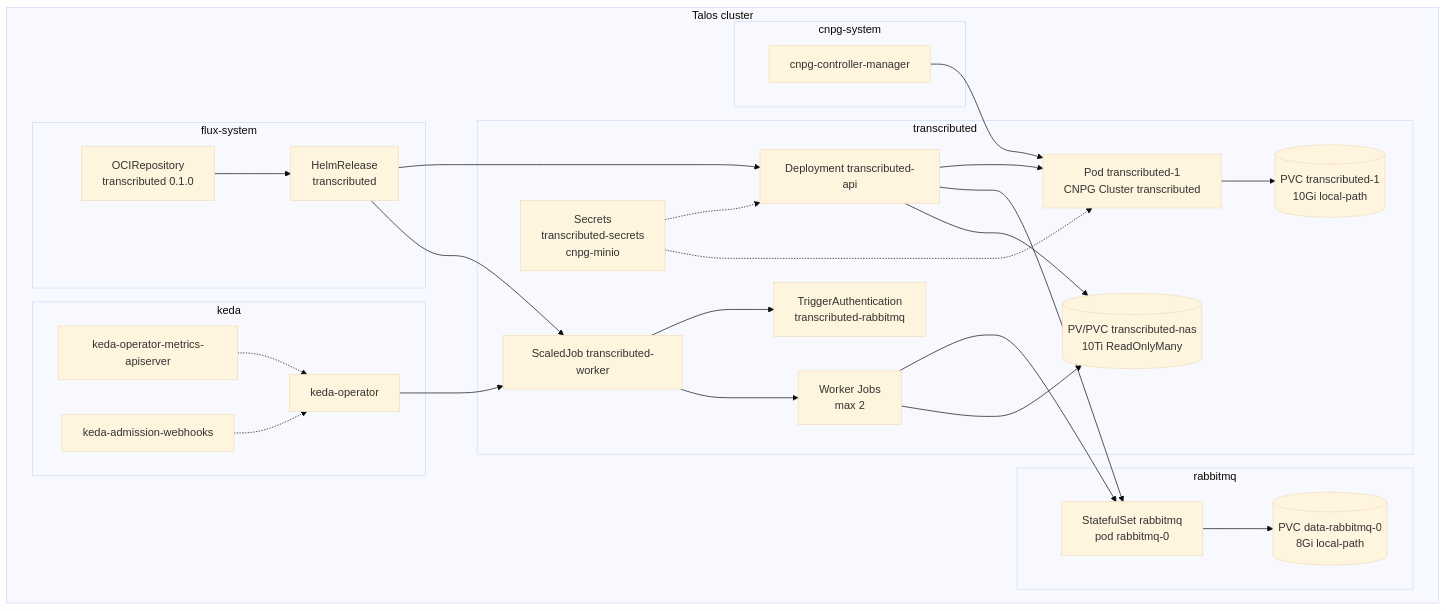
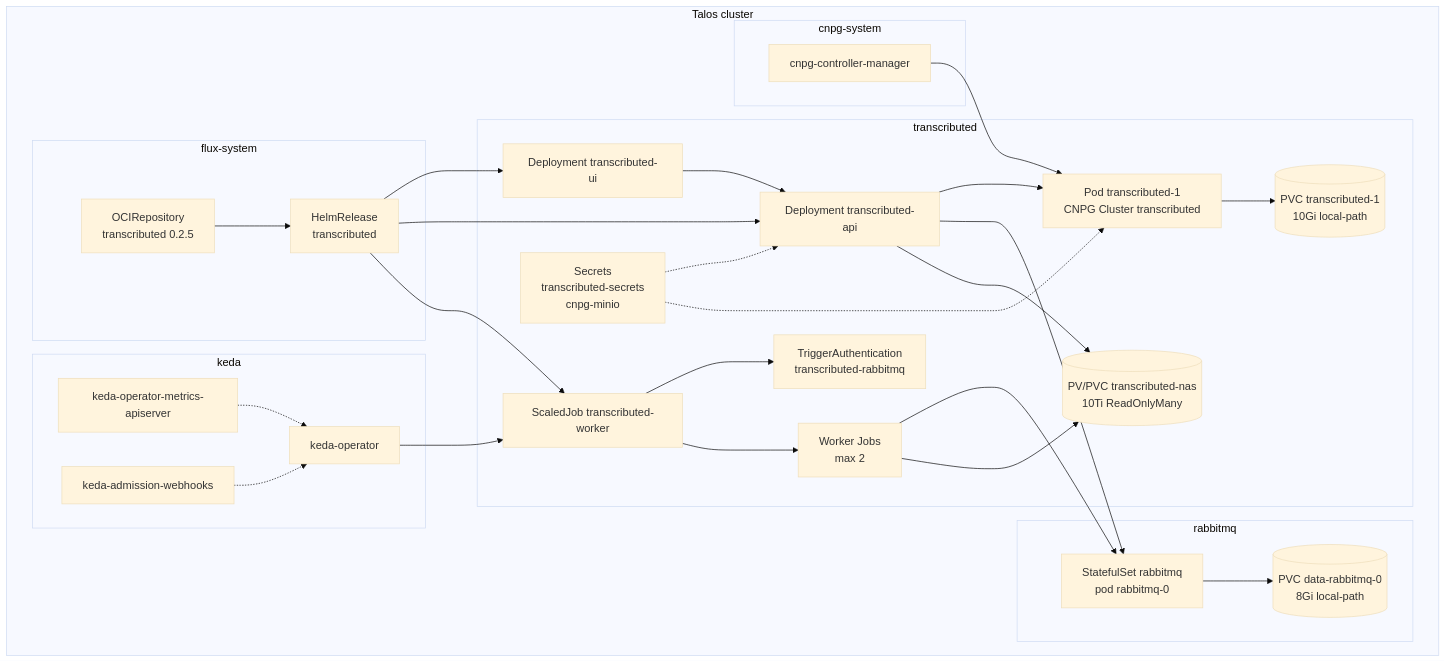
Before and after one commit to rykhalskyi/homelab: the second of 2 diagrams in docs/wiki/pages/transcributed-talos.md, drawn with Mermaid (base theme). The commit also changed other lines of this file and 7 other files, not shown here.

````diff
--- a/docs/wiki/pages/transcributed-talos.md
+++ b/docs/wiki/pages/transcributed-talos.md
@@ -76,54 +86,57 @@
 ```mermaid
 flowchart TB
   subgraph cluster["Talos cluster"]
     subgraph nsflux["flux-system"]
-      oci["OCIRepository<br/>transcributed 0.1.0"]
+      oci["OCIRepository<br/>transcributed 0.2.5"]
       hr["HelmRelease<br/>transcributed"]
     end
 
     subgraph nskeda["keda"]
       ko["keda-operator"]
       km["keda-operator-metrics-apiserver"]
       kw["keda-admission-webhooks"]
     end
 
     subgraph nsrabbit["rabbitmq"]
       rmq["StatefulSet rabbitmq<br/>pod rabbitmq-0"]
       rpvc[("PVC data-rabbitmq-0<br/>8Gi local-path")]
     end
 
     subgraph nstx["transcributed"]
+      ui["Deployment transcributed-ui"]
       api["Deployment transcributed-api"]
       sj["ScaledJob transcributed-worker"]
       ta["TriggerAuthentication<br/>transcributed-rabbitmq"]
       wj["Worker Jobs<br/>max 2"]
       db["Pod transcributed-1<br/>CNPG Cluster transcributed"]
       dbpvc[("PVC transcributed-1<br/>10Gi local-path")]
       naspv[("PV/PVC transcributed-nas<br/>10Ti ReadOnlyMany")]
       sec["Secrets<br/>transcributed-secrets<br/>cnpg-minio"]
     end
 
     subgraph nscnpg["cnpg-system"]
       cnpg["cnpg-controller-manager"]
     end
   end
 
   oci --> hr
+  hr --> ui
   hr --> api
   hr --> sj
+  ui --> api
   sj --> ta
   sj --> wj
   api --> db
   api --> rmq
   api --> naspv
   wj --> rmq
   wj --> naspv
   db --> dbpvc
   rmq --> rpvc
   ko --> sj
   km -.-> ko
   kw -.-> ko
   cnpg --> db
   sec -.-> api
   sec -.-> db
 ```
````
